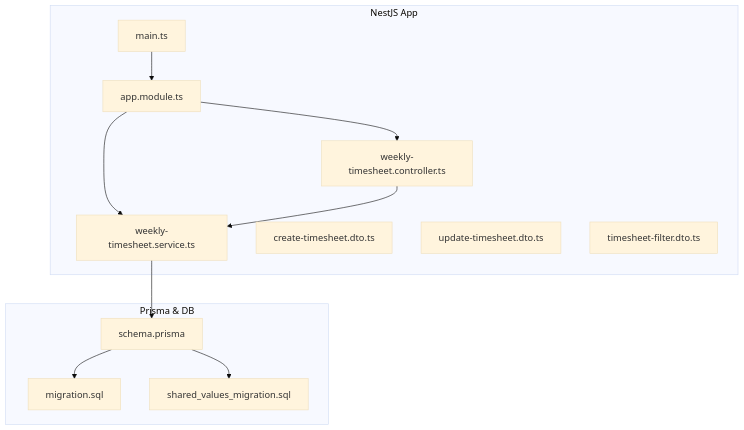
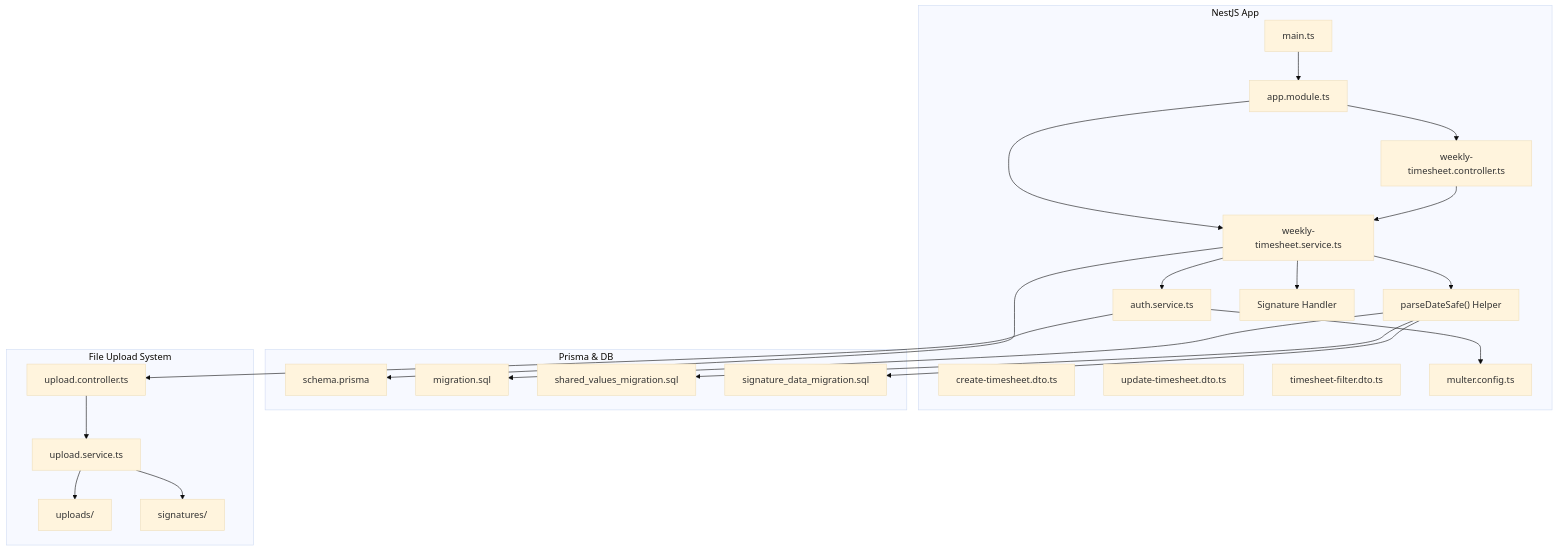
Before and after one commit to RobertRuas/windlog: the first of 10 diagrams in .qoder/repowiki/en/content/Arquitetura Backend/Módulos do Sistema/Timesheet Semanal - Módulo Backend.md, drawn with Mermaid (base theme). The commit also changed other lines of this file and 136 other files, not shown here.

````diff
--- a/.qoder/repowiki/en/content/Arquitetura Backend/Módulos do Sistema/Timesheet Semanal - Módulo Backend.md
+++ b/.qoder/repowiki/en/content/Arquitetura Backend/Módulos do Sistema/Timesheet Semanal - Módulo Backend.md
@@ -54,24 +64,44 @@
 ```mermaid
 graph TB
 subgraph "NestJS App"
 A["app.module.ts"]
 B["main.ts"]
 C["weekly-timesheet.controller.ts"]
 D["weekly-timesheet.service.ts"]
 E["create-timesheet.dto.ts"]
 F["update-timesheet.dto.ts"]
 G["timesheet-filter.dto.ts"]
+H["parseDateSafe() Helper"]
+I["auth.service.ts"]
+J["multer.config.ts"]
+K["Signature Handler"]
 end
 subgraph "Prisma & DB"
-H["schema.prisma"]
-I["migration.sql"]
-J["shared_values_migration.sql"]
+L["schema.prisma"]
+M["migration.sql"]
+N["shared_values_migration.sql"]
+O["signature_data_migration.sql"]
+end
+subgraph "File Upload System"
+P["upload.controller.ts"]
+Q["upload.service.ts"]
+R["uploads/"]
+S["signatures/"]
 end
 A --> C
 A --> D
 C --> D
 D --> H
-H --> I
-H --> J
+D --> I
+D --> K
+D --> L
+H --> M
+H --> N
+H --> O
+I --> J
+I --> P
+P --> Q
+Q --> R
+Q --> S
 B --> A
 ```
````
